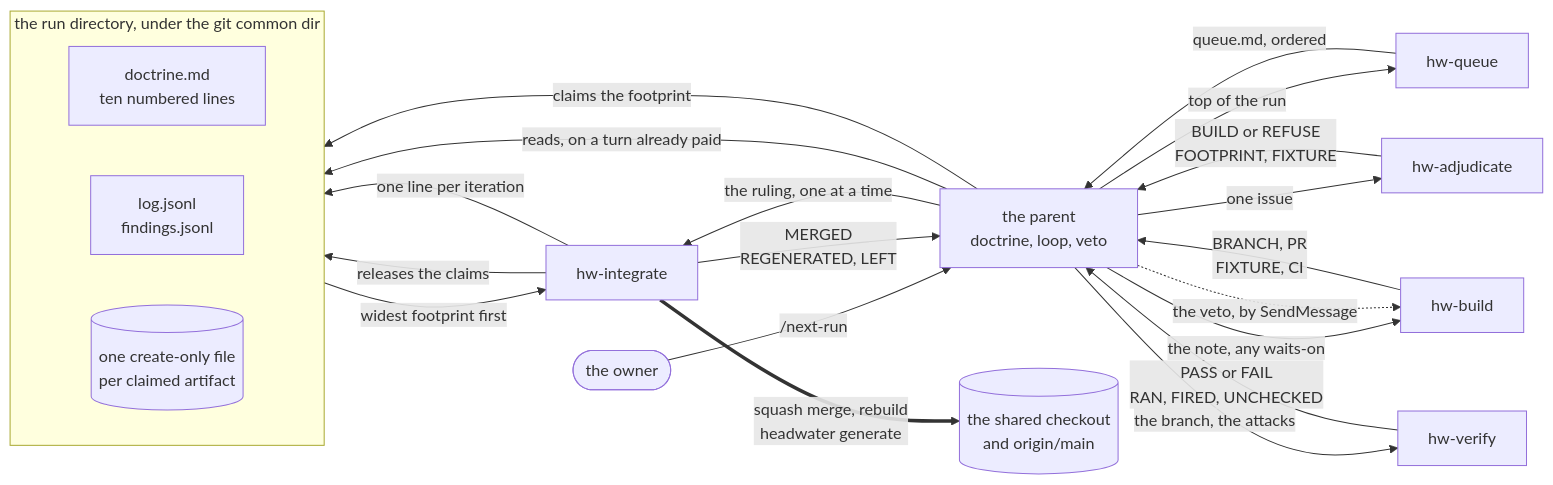
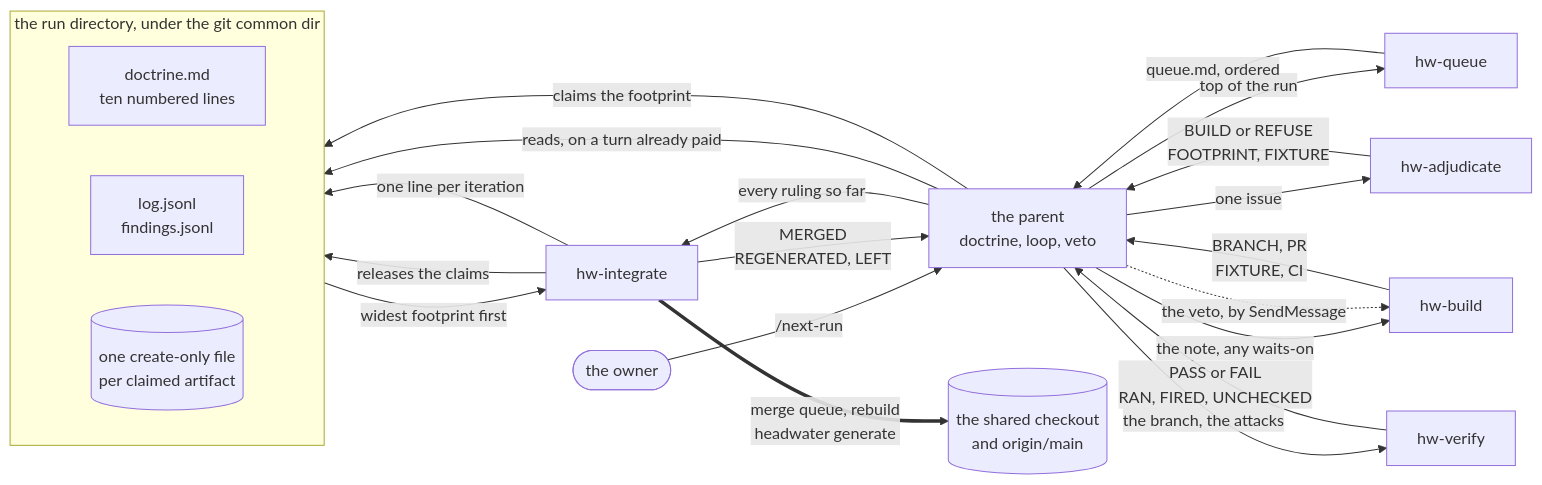
The diagram in docs/spec/17-orchestration-architecture.md (headwater-ai/headwater), drawn with Mermaid before and after one commit. The commit also changed other lines of this file and 29 other files, not shown here.

First line of the commit message:
Run CI on merge_group and send every ruled merge through the merge queue (#1219)

````diff
--- a/docs/spec/17-orchestration-architecture.md
+++ b/docs/spec/17-orchestration-architecture.md
@@ -54,33 +54,33 @@
 ```mermaid
 flowchart LR
     owner(["the owner"]) -->|"/next-run"| parent["the parent<br/>doctrine, loop, veto"]
 
     parent -->|"top of the run"| queue["hw-queue"]
     parent -->|"one issue"| adjudicate["hw-adjudicate"]
     parent -->|"the note, any waits-on"| build["hw-build"]
     parent -->|"the branch, the attacks"| verify["hw-verify"]
-    parent -->|"the ruling, one at a time"| integrate["hw-integrate"]
+    parent -->|"every ruling so far"| integrate["hw-integrate"]
 
     queue -->|"queue.md, ordered"| parent
     adjudicate -->|"BUILD or REFUSE<br/>FOOTPRINT, FIXTURE"| parent
     build -->|"BRANCH, PR<br/>FIXTURE, CI"| parent
     verify -->|"PASS or FAIL<br/>RAN, FIRED, UNCHECKED"| parent
     integrate -->|"MERGED<br/>REGENERATED, LEFT"| parent
 
     parent -.->|"the veto, by SendMessage"| build
 
     subgraph rundir["the run directory, under the git common dir"]
         direction LR
         doctrine["doctrine.md<br/>ten numbered lines"]
         ledger["log.jsonl<br/>findings.jsonl"]
         claims[("one create-only file<br/>per claimed artifact")]
     end
 
     parent -->|"reads, on a turn already paid"| doctrine
     parent -->|"claims the footprint"| claims
     claims -->|"widest footprint first"| integrate
     integrate -->|"releases the claims"| claims
     integrate -->|"one line per iteration"| ledger
 
-    integrate ==>|"squash merge, rebuild<br/>headwater generate"| checkout[("the shared checkout<br/>and origin/main")]
+    integrate ==>|"merge queue, rebuild<br/>headwater generate"| checkout[("the shared checkout<br/>and origin/main")]
 ```
````
